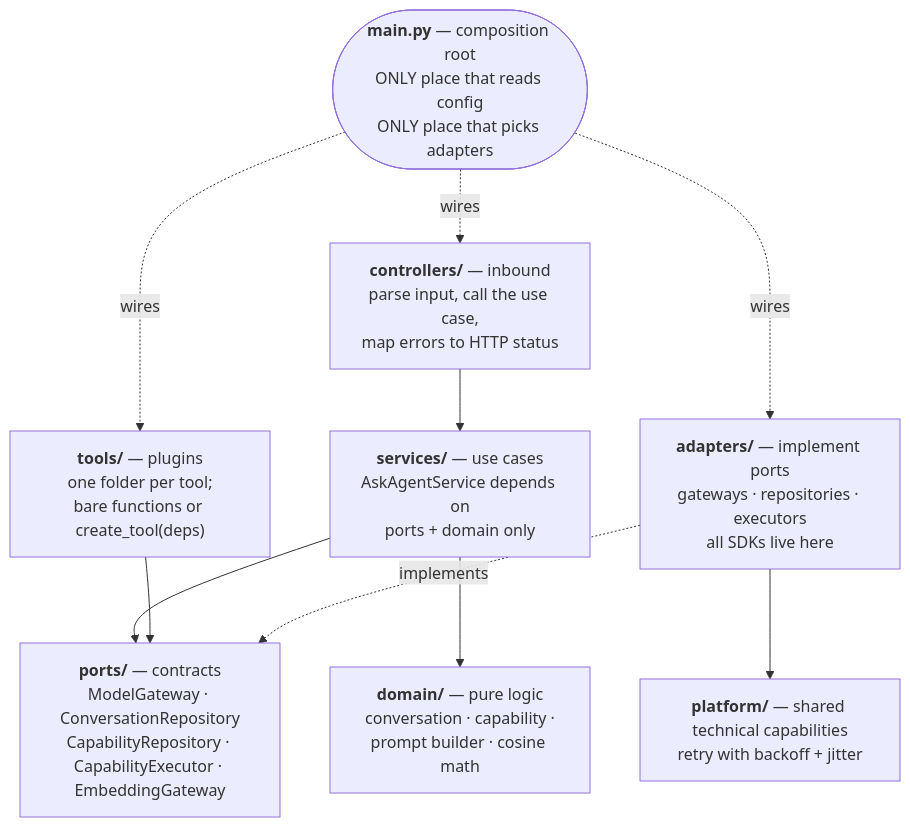
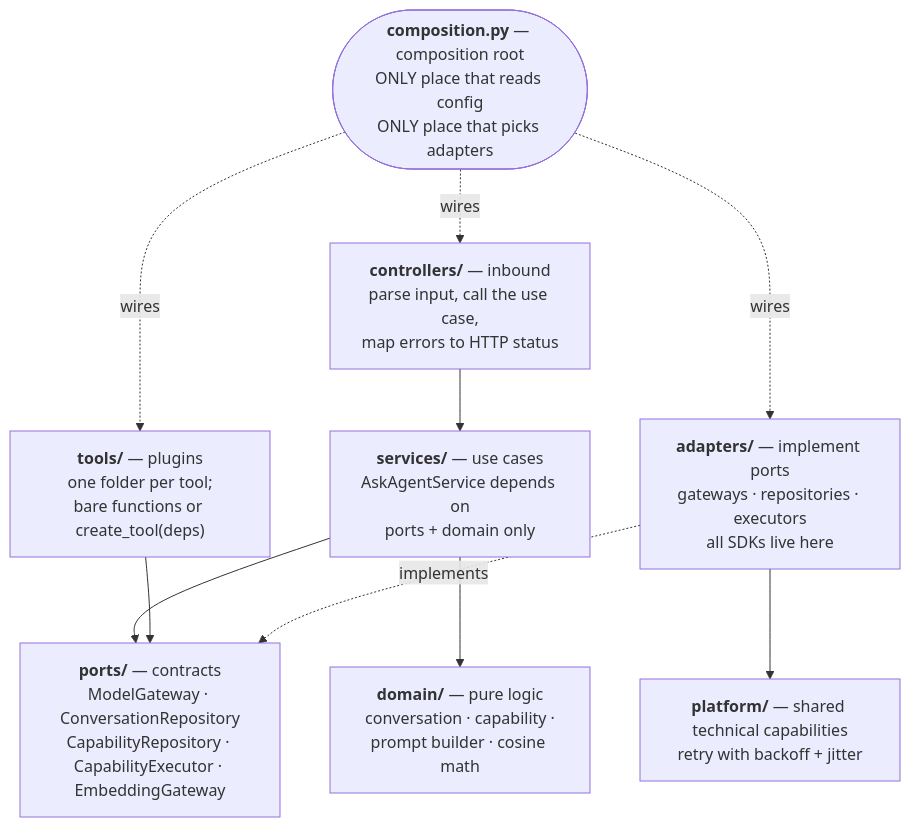
One commit to rahulrraj/agent-data-platform changed the fourth of 4 diagrams in README.md. Above: the diagram before and after it, drawn with Mermaid. The commit also changed other lines of this file and 1 other file, not shown here.

Commit message:
Fix remaining doc drift (m-48 remainder): composition root and Postgres status in README, capability_import in AGENTS.md

````diff
--- a/README.md
+++ b/README.md
@@ -128,20 +128,20 @@
 ```mermaid
 flowchart TB
     CT["<b>controllers/</b> — inbound<br/>parse input, call the use case,<br/>map errors to HTTP status"]
     SV["<b>services/</b> — use cases<br/>AskAgentService depends on<br/>ports + domain only"]
     PT["<b>ports/</b> — contracts<br/>ModelGateway · ConversationRepository<br/>CapabilityRepository · CapabilityExecutor · EmbeddingGateway"]
     DM["<b>domain/</b> — pure logic<br/>conversation · capability ·<br/>prompt builder · cosine math"]
     TL["<b>tools/</b> — plugins<br/>one folder per tool;<br/>bare functions or create_tool(deps)"]
     AD["<b>adapters/</b> — implement ports<br/>gateways · repositories · executors<br/>all SDKs live here"]
     PL["<b>platform/</b> — shared technical capabilities<br/>retry with backoff + jitter"]
-    MN(["<b>main.py</b> — composition root<br/>ONLY place that reads config<br/>ONLY place that picks adapters"])
+    MN(["<b>composition.py</b> — composition root<br/>ONLY place that reads config<br/>ONLY place that picks adapters"])
 
     CT --> SV --> PT
     TL --> PT
     SV --> DM
     AD -. implements .-> PT
     AD --> PL
     MN -. wires .-> CT
     MN -. wires .-> AD
     MN -. wires .-> TL
 ```
````
